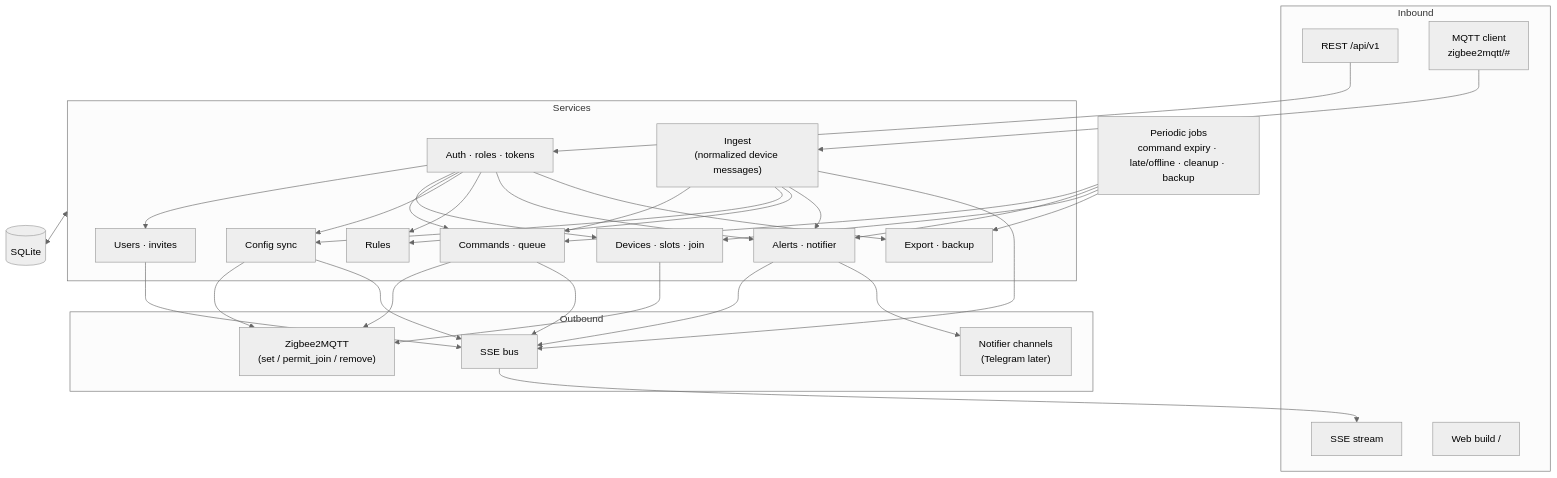
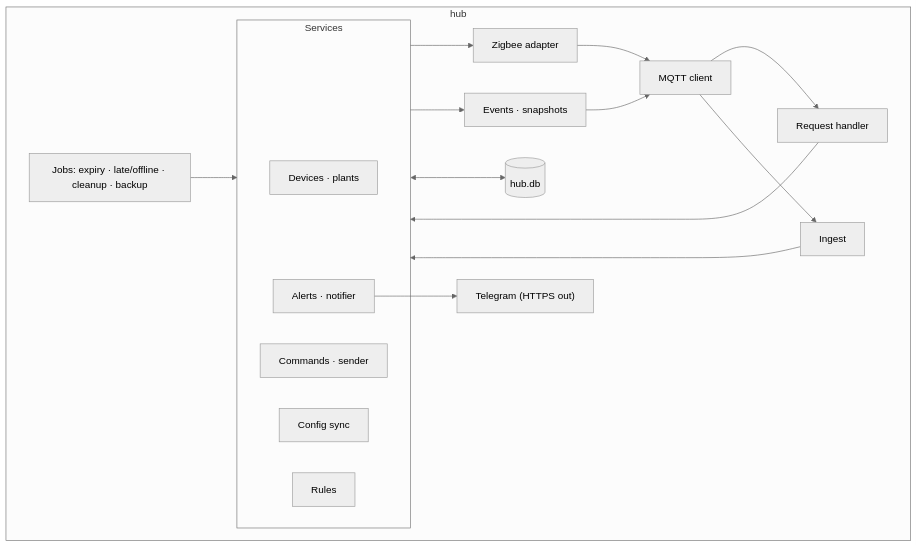
One commit to Hansom17/MoistureController changed the third of 8 diagrams in Gateway/specs.md. Above: the diagram before and after it, drawn with Mermaid (neutral theme). The commit also changed other lines of this file and 5 other files, not shown here.

Commit message:
Specs: split the hub into api and hub services that talk only over MQTT

````diff
--- a/Gateway/specs.md
+++ b/Gateway/specs.md
@@ -50,38 +186,19 @@
 ```mermaid
 flowchart TB
-    subgraph In["Inbound"]
-        API["REST /api/v1"]
-        SSE["SSE stream"]
-        STATIC["Web build /"]
-        MQTT["MQTT client<br/>zigbee2mqtt/#"]
+    subgraph HUB["hub"]
+        MQTT["MQTT client"] --> REQ["Request handler"] --> SVC
+        MQTT --> ING["Ingest"] --> SVC
+        subgraph SVC["Services"]
+            DEV["Devices · plants"]
+            CMD["Commands · sender"]
+            CFG["Config sync"]
+            RUL["Rules"]
+            ALR["Alerts · notifier"]
+        end
+        SVC --> ZA["Zigbee adapter"] --> MQTT
+        SVC --> PUB["Events · snapshots"] --> MQTT
+        ALR --> TG["Telegram (HTTPS out)"]
+        JOBS["Jobs: expiry · late/offline · cleanup · backup"] --> SVC
+        SVC <--> DB[("hub.db")]
     end
-
-    subgraph Core["Services"]
-        AUTH["Auth · roles · tokens"]
-        USR["Users · invites"]
-        DEV["Devices · slots · join"]
-        ING["Ingest<br/>(normalized device messages)"]
-        CMD["Commands · queue"]
-        CFG["Config sync"]
-        RUL["Rules"]
-        ALR["Alerts · notifier"]
-        EXP["Export · backup"]
-    end
-
-    subgraph Out["Outbound"]
-        Z2M["Zigbee2MQTT<br/>(set / permit_join / remove)"]
-        BUS["SSE bus"]
-        NTF["Notifier channels<br/>(Telegram later)"]
-    end
-
-    DB[("SQLite")]
-    JOBS["Periodic jobs<br/>command expiry · late/offline · cleanup · backup"]
-
-    API --> AUTH --> USR & DEV & CMD & CFG & RUL & ALR & EXP
-    MQTT --> ING --> CMD & CFG & RUL & ALR
-    CMD & CFG & DEV --> Z2M
-    ING & CMD & CFG & ALR & USR --> BUS --> SSE
-    ALR --> NTF
-    JOBS --> CMD & ALR & DEV & EXP
-    Core <--> DB
 ```
````
